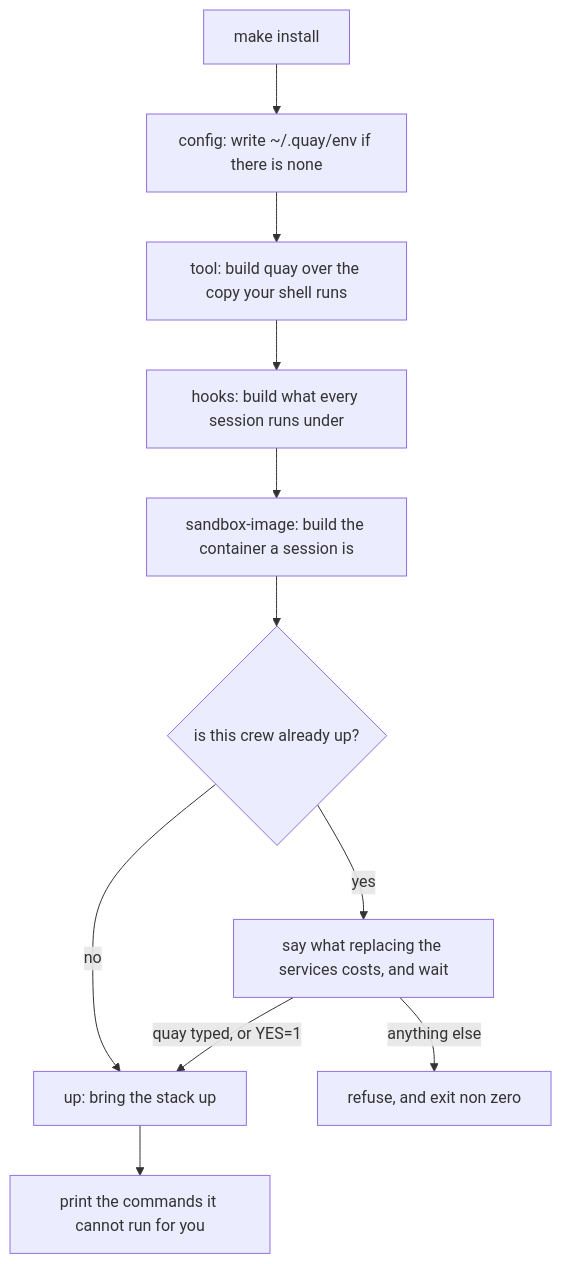
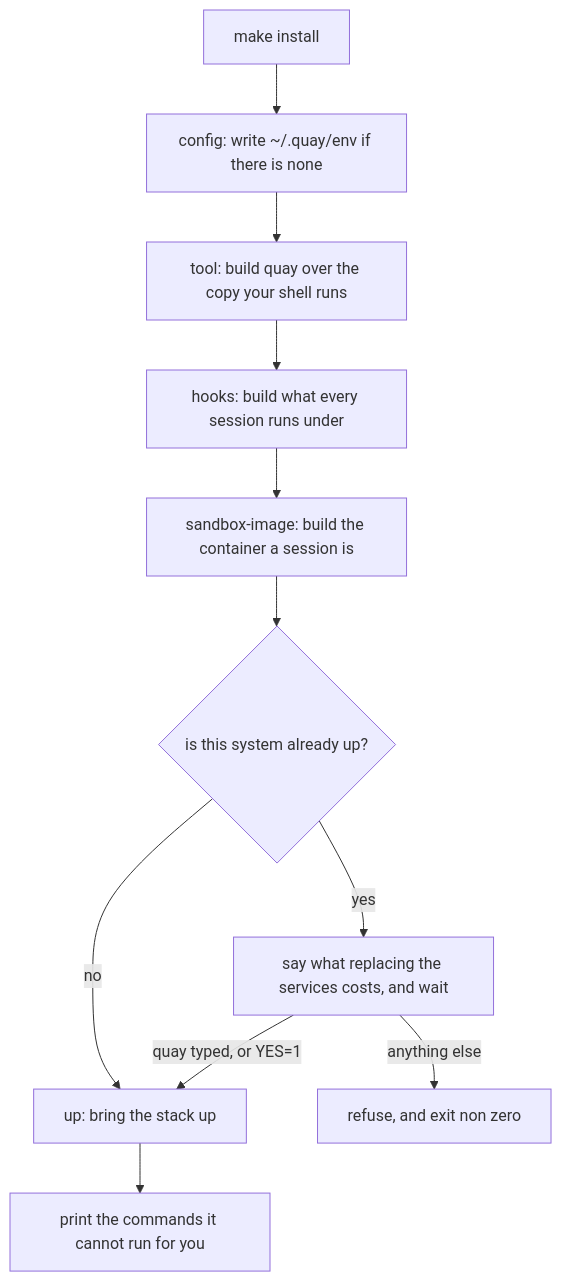
The first of 3 diagrams in docs/SANDBOX.md (atlantic-blue/quay-crew), drawn with Mermaid before and after one commit. The commit also changed other lines of this file and 496 other files, not shown here.

````diff
--- a/docs/SANDBOX.md
+++ b/docs/SANDBOX.md
@@ -34,13 +34,13 @@
    ```mermaid
    flowchart TD
        ONE["make install"] --> CONFIG["config: write ~/.quay/env if there is none"]
        CONFIG --> TOOL["tool: build quay over the copy your shell runs"]
        TOOL --> HOOKS["hooks: build what every session runs under"]
        HOOKS --> IMAGE["sandbox-image: build the container a session is"]
-       IMAGE --> ASK{"is this crew already up?"}
+       IMAGE --> ASK{"is this system already up?"}
        ASK -- "no" --> UP["up: bring the stack up"]
        ASK -- "yes" --> COST["say what replacing the services costs, and wait"]
        COST -- "quay typed, or YES=1" --> UP
        COST -- "anything else" --> REFUSE["refuse, and exit non zero"]
        UP --> NEXT["print the commands it cannot run for you"]
    ```
````
